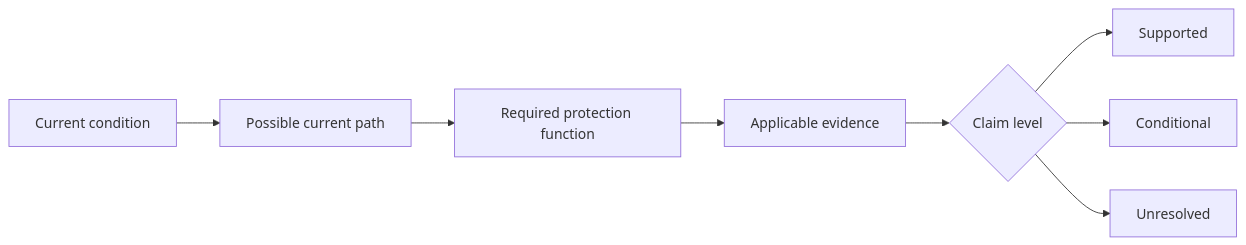
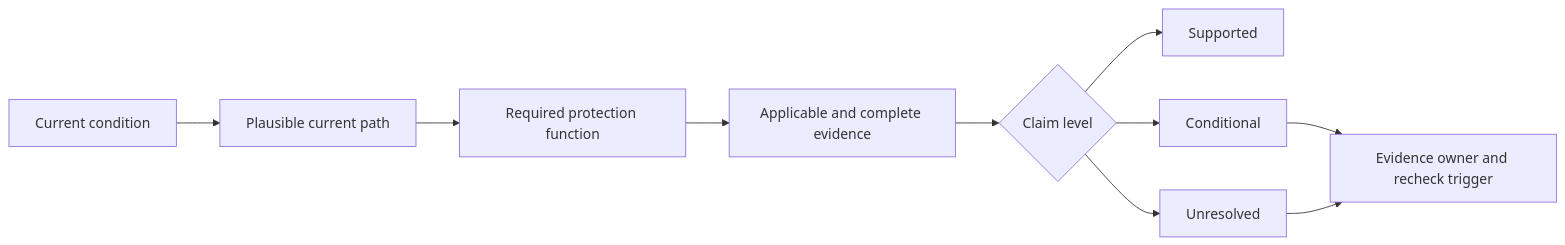
The second of 2 diagrams in docs/learning-plans/12-week/modules/day-14-week-2-protection-integration-checkpoint.md (andrew3stedall/capstone), drawn with Mermaid before and after one commit. The commit also changed other lines of this file, not shown here.

````diff
--- a/docs/learning-plans/12-week/modules/day-14-week-2-protection-integration-checkpoint.md
+++ b/docs/learning-plans/12-week/modules/day-14-week-2-protection-integration-checkpoint.md
@@ -118,10 +130,12 @@
 ```mermaid
 flowchart LR
-    C["Current condition"] --> P["Possible current path"]
+    C["Current condition"] --> P["Plausible current path"]
     P --> F["Required protection function"]
-    F --> E["Applicable evidence"]
+    F --> E["Applicable and complete evidence"]
     E --> Q{"Claim level"}
     Q --> S["Supported"]
     Q --> K["Conditional"]
     Q --> U["Unresolved"]
+    K --> O["Evidence owner and recheck trigger"]
+    U --> O
 ```
````
